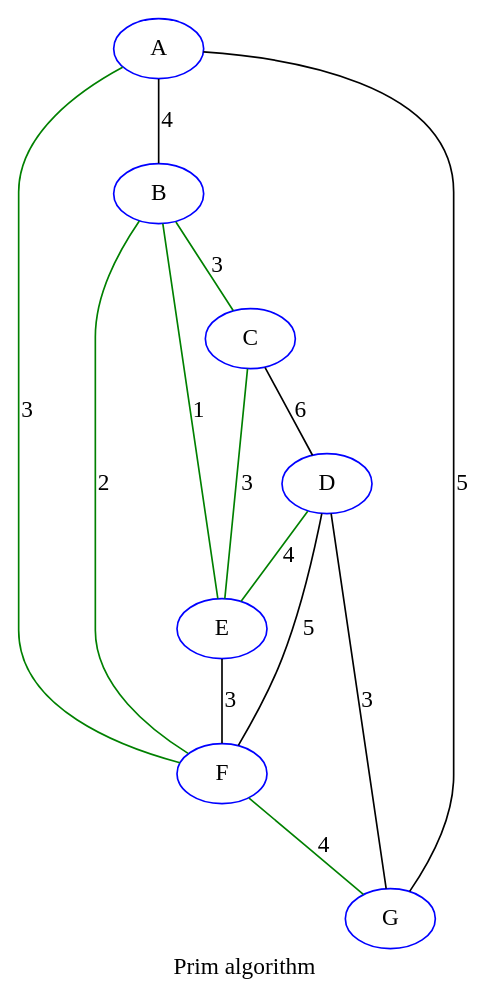
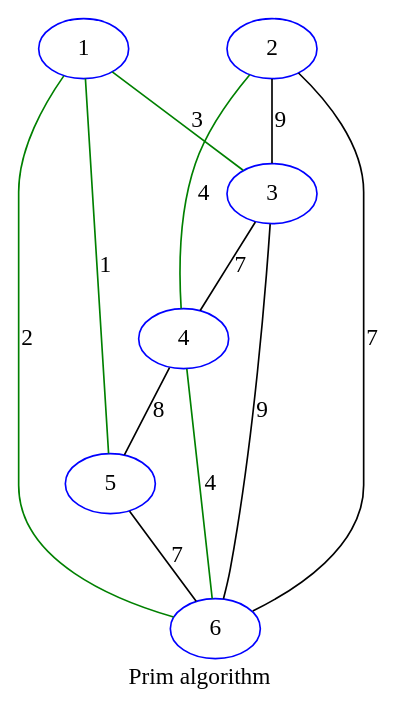
One commit to sallareznov/m1s2 changed the diagram in AeA/partie2/tp2/prim.dot. Above: the diagram before and after it, drawn with Graphviz. The commit also changed 18 other files, not shown here.

```diff
--- a/AeA/partie2/tp2/prim.dot
+++ b/AeA/partie2/tp2/prim.dot
@@ -1,23 +1,20 @@
 graph {
 label="Prim algorithm"
-G [color=blue]
-E [color=blue]
-F [color=blue]
-C [color=blue]
-D [color=blue]
-A [color=blue]
-B [color=blue]
-A--B[label="4"]
-A--F[label="3",color=green]
-A--G[label="5"]
-B--C[label="3",color=green]
-B--E[label="1",color=green]
-B--F[label="2",color=green]
-C--D[label="6"]
-C--E[label="3",color=green]
-D--E[label="4",color=green]
-D--F[label="5"]
-D--G[label="3"]
-E--F[label="3"]
-F--G[label="4",color=green]
+6 [color=blue]
+5 [color=blue]
+2 [color=blue]
+1 [color=blue]
+4 [color=blue]
+3 [color=blue]
+1--3[label="3",color=green]
+1--5[label="1",color=green]
+1--6[label="2",color=green]
+2--3[label="9"]
+2--4[label="4",color=green]
+2--6[label="7"]
+3--4[label="7"]
+3--6[label="9"]
+4--5[label="8"]
+4--6[label="4",color=green]
+5--6[label="7"]
 }
```
